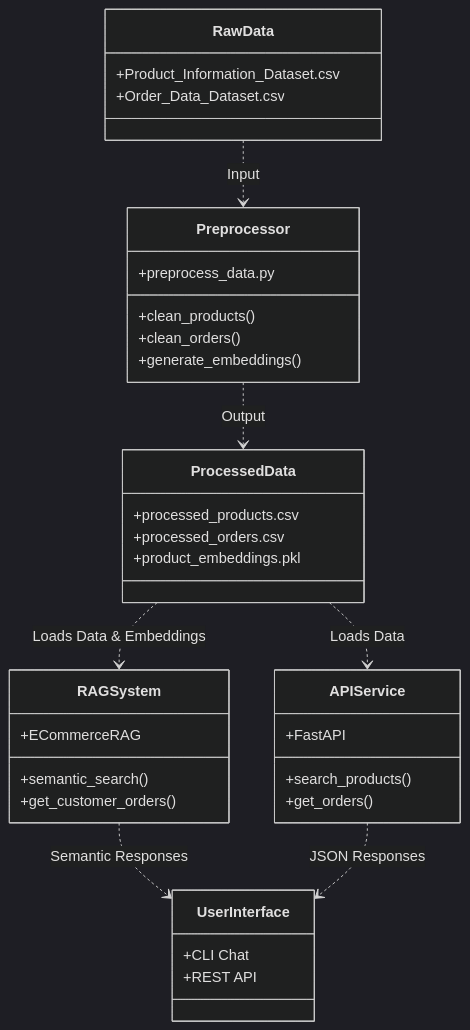
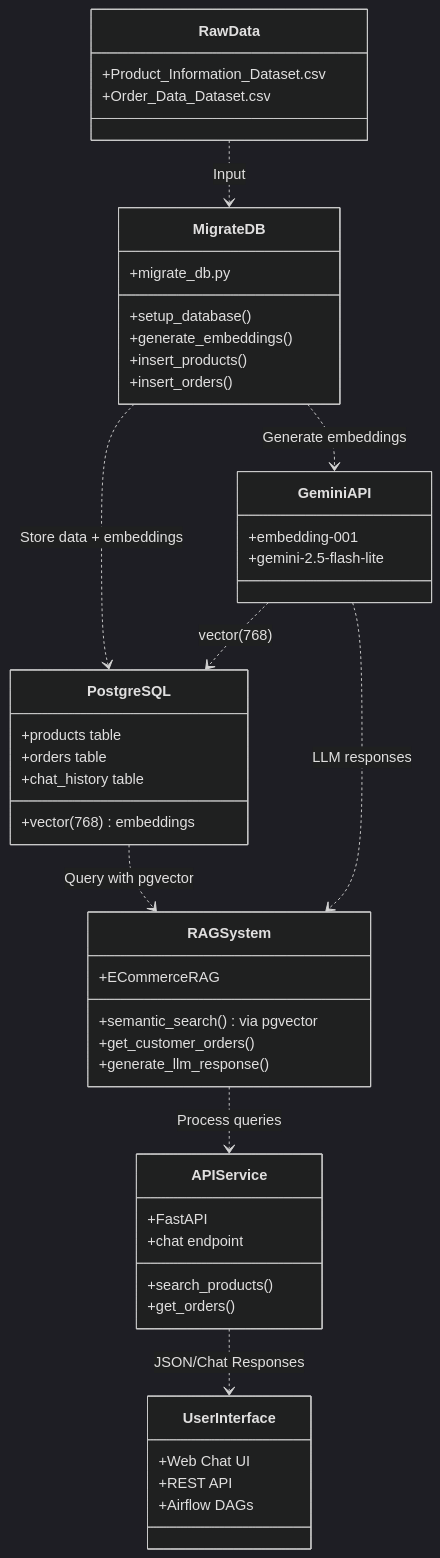
The second of 2 diagrams in ARCHITECTURE.md (tangoc2712/rag-chatbot), drawn with Mermaid (dark theme) before and after one commit. The commit also changed other lines of this file and 9 other files, not shown here.

````diff
--- a/ARCHITECTURE.md
+++ b/ARCHITECTURE.md
@@ -48,44 +53,56 @@
 ```mermaid
 classDiagram
     class RawData {
         +Product_Information_Dataset.csv
         +Order_Data_Dataset.csv
     }
 
-    class Preprocessor {
-        +preprocess_data.py
-        +clean_products()
-        +clean_orders()
+    class MigrateDB {
+        +migrate_db.py
+        +setup_database()
         +generate_embeddings()
+        +insert_products()
+        +insert_orders()
     }
 
-    class ProcessedData {
-        +processed_products.csv
-        +processed_orders.csv
-        +product_embeddings.pkl
+    class PostgreSQL {
+        +products table
+        +orders table
+        +chat_history table
+        +vector(768) embeddings
+    }
+
+    class GeminiAPI {
+        +embedding-001
+        +gemini-2.5-flash-lite
     }
 
     class RAGSystem {
         +ECommerceRAG
-        +semantic_search()
+        +semantic_search() via pgvector
         +get_customer_orders()
+        +generate_llm_response()
     }
 
     class APIService {
         +FastAPI
         +search_products()
         +get_orders()
+        +chat endpoint
     }
 
     class UserInterface {
-        +CLI Chat
+        +Web Chat UI
         +REST API
+        +Airflow DAGs
     }
 
-    RawData ..> Preprocessor : Input
-    Preprocessor ..> ProcessedData : Output
-    ProcessedData ..> RAGSystem : Loads Data & Embeddings
-    ProcessedData ..> APIService : Loads Data
-    RAGSystem ..> UserInterface : Semantic Responses
-    APIService ..> UserInterface : JSON Responses
+    RawData ..> MigrateDB : Input
+    MigrateDB ..> GeminiAPI : Generate embeddings
+    MigrateDB ..> PostgreSQL : Store data + embeddings
+    GeminiAPI ..> PostgreSQL : vector(768)
+    PostgreSQL ..> RAGSystem : Query with pgvector
+    GeminiAPI ..> RAGSystem : LLM responses
+    RAGSystem ..> APIService : Process queries
+    APIService ..> UserInterface : JSON/Chat Responses
 ```
````
